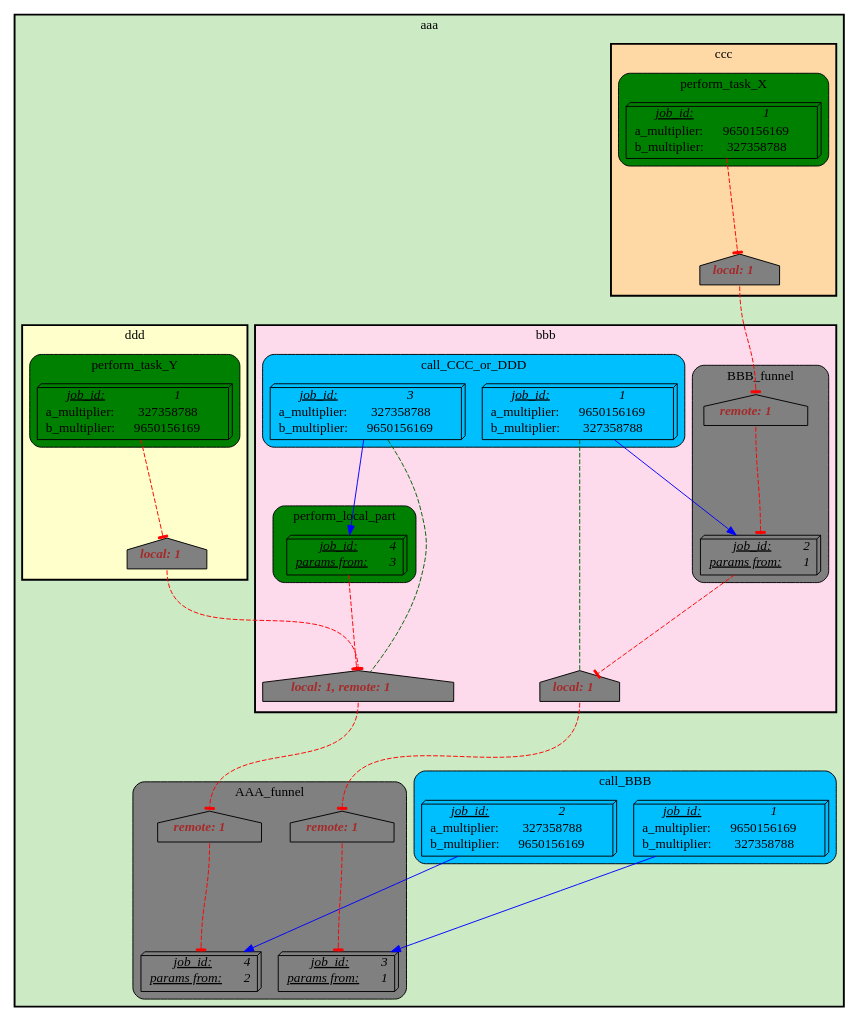
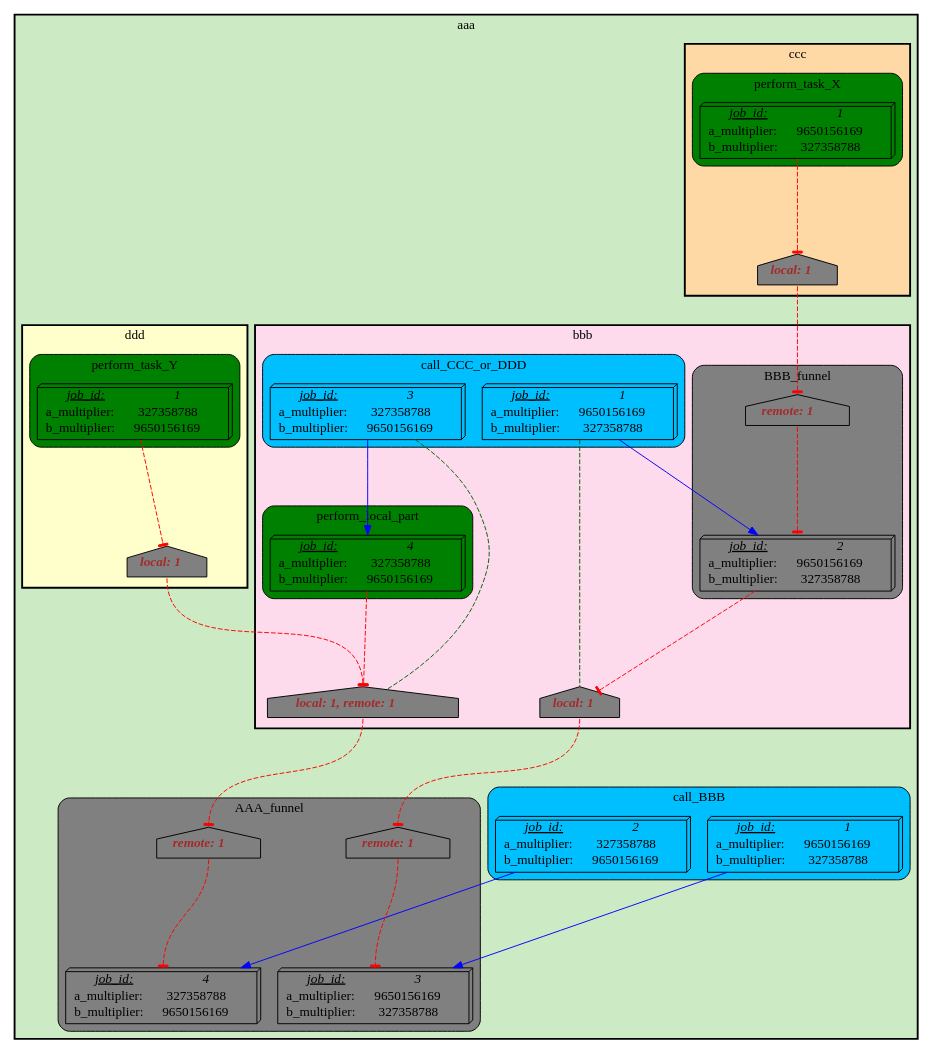
The diagram in t/03.scripts/visualize_jobs/quad_pipe/quad_pipe_jobs_04.dot (Ensembl/ensembl-hive), drawn with Graphviz before and after one commit. The commit also changed 27 other files, not shown here.

```diff
--- a/t/03.scripts/visualize_jobs/quad_pipe/quad_pipe_jobs_04.dot
+++ b/t/03.scripts/visualize_jobs/quad_pipe/quad_pipe_jobs_04.dot
@@ -1,132 +1,132 @@
 digraph test {
 	ratio="compress"; name = "JobDependencyGraph"; pad = "0"; ranksep = "1.4"; remincross = "true";
 	job_1__aaa [fillcolor="DeepSkyBlue", label=<<table border="0" cellborder="0" cellspacing="0" cellpadding="1"><tr><td><u><i>job_id:</i></u></td><td><i>1</i></td></tr><tr><td>a_multiplier:</td><td> 9650156169</td></tr><tr><td>b_multiplier:</td><td> 327358788</td></tr></table>>, shape="box3d", style="filled"];
 	job_1__bbb [fillcolor="DeepSkyBlue", label=<<table border="0" cellborder="0" cellspacing="0" cellpadding="1"><tr><td><u><i>job_id:</i></u></td><td><i>1</i></td></tr><tr><td>a_multiplier:</td><td> 9650156169</td></tr><tr><td>b_multiplier:</td><td> 327358788</td></tr></table>>, shape="box3d", style="filled"];
 	job_1__ccc [fillcolor="green", label=<<table border="0" cellborder="0" cellspacing="0" cellpadding="1"><tr><td><u><i>job_id:</i></u></td><td><i>1</i></td></tr><tr><td>a_multiplier:</td><td> 9650156169</td></tr><tr><td>b_multiplier:</td><td> 327358788</td></tr></table>>, shape="box3d", style="filled"];
 	job_1__ddd [fillcolor="green", label=<<table border="0" cellborder="0" cellspacing="0" cellpadding="1"><tr><td><u><i>job_id:</i></u></td><td><i>1</i></td></tr><tr><td>a_multiplier:</td><td> 327358788</td></tr><tr><td>b_multiplier:</td><td> 9650156169</td></tr></table>>, shape="box3d", style="filled"];
 	job_2__aaa [fillcolor="DeepSkyBlue", label=<<table border="0" cellborder="0" cellspacing="0" cellpadding="1"><tr><td><u><i>job_id:</i></u></td><td><i>2</i></td></tr><tr><td>a_multiplier:</td><td> 327358788</td></tr><tr><td>b_multiplier:</td><td> 9650156169</td></tr></table>>, shape="box3d", style="filled"];
-	job_2__bbb [fillcolor="grey", label=<<table border="0" cellborder="0" cellspacing="0" cellpadding="1"><tr><td><u><i>job_id:</i></u></td><td><i>2</i></td></tr><tr><td><u><i>params from:</i></u></td><td><i>1</i></td></tr></table>>, shape="box3d", style="filled"];
-	job_3__aaa [fillcolor="grey", label=<<table border="0" cellborder="0" cellspacing="0" cellpadding="1"><tr><td><u><i>job_id:</i></u></td><td><i>3</i></td></tr><tr><td><u><i>params from:</i></u></td><td><i>1</i></td></tr></table>>, shape="box3d", style="filled"];
+	job_2__bbb [fillcolor="grey", label=<<table border="0" cellborder="0" cellspacing="0" cellpadding="1"><tr><td><u><i>job_id:</i></u></td><td><i>2</i></td></tr><tr><td>a_multiplier:</td><td> 9650156169</td></tr><tr><td>b_multiplier:</td><td> 327358788</td></tr></table>>, shape="box3d", style="filled"];
+	job_3__aaa [fillcolor="grey", label=<<table border="0" cellborder="0" cellspacing="0" cellpadding="1"><tr><td><u><i>job_id:</i></u></td><td><i>3</i></td></tr><tr><td>a_multiplier:</td><td> 9650156169</td></tr><tr><td>b_multiplier:</td><td> 327358788</td></tr></table>>, shape="box3d", style="filled"];
 	job_3__bbb [fillcolor="DeepSkyBlue", label=<<table border="0" cellborder="0" cellspacing="0" cellpadding="1"><tr><td><u><i>job_id:</i></u></td><td><i>3</i></td></tr><tr><td>a_multiplier:</td><td> 327358788</td></tr><tr><td>b_multiplier:</td><td> 9650156169</td></tr></table>>, shape="box3d", style="filled"];
-	job_4__aaa [fillcolor="grey", label=<<table border="0" cellborder="0" cellspacing="0" cellpadding="1"><tr><td><u><i>job_id:</i></u></td><td><i>4</i></td></tr><tr><td><u><i>params from:</i></u></td><td><i>2</i></td></tr></table>>, shape="box3d", style="filled"];
-	job_4__bbb [fillcolor="green", label=<<table border="0" cellborder="0" cellspacing="0" cellpadding="1"><tr><td><u><i>job_id:</i></u></td><td><i>4</i></td></tr><tr><td><u><i>params from:</i></u></td><td><i>3</i></td></tr></table>>, shape="box3d", style="filled"];
+	job_4__aaa [fillcolor="grey", label=<<table border="0" cellborder="0" cellspacing="0" cellpadding="1"><tr><td><u><i>job_id:</i></u></td><td><i>4</i></td></tr><tr><td>a_multiplier:</td><td> 327358788</td></tr><tr><td>b_multiplier:</td><td> 9650156169</td></tr></table>>, shape="box3d", style="filled"];
+	job_4__bbb [fillcolor="green", label=<<table border="0" cellborder="0" cellspacing="0" cellpadding="1"><tr><td><u><i>job_id:</i></u></td><td><i>4</i></td></tr><tr><td>a_multiplier:</td><td> 327358788</td></tr><tr><td>b_multiplier:</td><td> 9650156169</td></tr></table>>, shape="box3d", style="filled"];
 	semaphore_1__aaa [fillcolor="grey", label=<<table border="0" cellborder="0" cellspacing="0" cellpadding="1"><tr><td colspan="3"><font color="brown"><b><i>remote: 1</i></b></font></td></tr></table>>, margin="0,0", shape="house", style="filled"];
 	semaphore_1__bbb [fillcolor="grey", label=<<table border="0" cellborder="0" cellspacing="0" cellpadding="1"><tr><td colspan="3"><font color="brown"><b><i>local: 1</i></b></font></td></tr></table>>, margin="0,0", shape="house", style="filled"];
 	semaphore_1__ccc [fillcolor="grey", label=<<table border="0" cellborder="0" cellspacing="0" cellpadding="1"><tr><td colspan="3"><font color="brown"><b><i>local: 1</i></b></font></td></tr></table>>, margin="0,0", shape="house", style="filled"];
 	semaphore_1__ddd [fillcolor="grey", label=<<table border="0" cellborder="0" cellspacing="0" cellpadding="1"><tr><td colspan="3"><font color="brown"><b><i>local: 1</i></b></font></td></tr></table>>, margin="0,0", shape="house", style="filled"];
 	semaphore_2__aaa [fillcolor="grey", label=<<table border="0" cellborder="0" cellspacing="0" cellpadding="1"><tr><td colspan="3"><font color="brown"><b><i>remote: 1</i></b></font></td></tr></table>>, margin="0,0", shape="house", style="filled"];
 	semaphore_2__bbb [fillcolor="grey", label=<<table border="0" cellborder="0" cellspacing="0" cellpadding="1"><tr><td colspan="3"><font color="brown"><b><i>remote: 1</i></b></font></td></tr></table>>, margin="0,0", shape="house", style="filled"];
 	semaphore_3__bbb [fillcolor="grey", label=<<table border="0" cellborder="0" cellspacing="0" cellpadding="1"><tr><td colspan="3"><font color="brown"><b><i>local: 1, remote: 1</i></b></font></td></tr></table>>, margin="0,0", shape="house", style="filled"];
 	job_1__aaa -> job_3__aaa [color="blue"];
 	job_1__bbb -> job_2__bbb [color="blue"];
 	job_1__bbb -> semaphore_1__bbb [arrowhead="none", color="darkgreen", style="dashed"];
 	job_1__ccc -> semaphore_1__ccc [arrowhead="tee", color="red", style="dashed"];
 	job_1__ddd -> semaphore_1__ddd [arrowhead="tee", color="red", style="dashed"];
 	job_2__aaa -> job_4__aaa [color="blue"];
 	job_2__bbb -> semaphore_1__bbb [arrowhead="tee", color="red", style="dashed"];
 	job_3__bbb -> job_4__bbb [color="blue"];
 	job_3__bbb -> semaphore_3__bbb [arrowhead="none", color="darkgreen", style="dashed"];
 	job_4__bbb -> semaphore_3__bbb [arrowhead="tee", color="red", style="dashed"];
 	semaphore_1__aaa -> job_3__aaa [arrowhead="tee", color="red", headport="n", style="dashed", tailport="s"];
 	semaphore_1__bbb -> semaphore_1__aaa [arrowhead="tee", color="red", headport="n", style="dashed", tailport="s"];
 	semaphore_1__ccc -> semaphore_2__bbb [arrowhead="tee", color="red", headport="n", style="dashed", tailport="s"];
 	semaphore_1__ddd -> semaphore_3__bbb [arrowhead="tee", color="red", headport="n", style="dashed", tailport="s"];
 	semaphore_2__aaa -> job_4__aaa [arrowhead="tee", color="red", headport="n", style="dashed", tailport="s"];
 	semaphore_2__bbb -> job_2__bbb [arrowhead="tee", color="red", headport="n", style="dashed", tailport="s"];
 	semaphore_3__bbb -> semaphore_2__aaa [arrowhead="tee", color="red", headport="n", style="dashed", tailport="s"];
 
 subgraph cluster_aaa {
 	label="aaa";
 	style="bold,filled";
 	colorscheme="pastel19";
 	fillcolor="3";
 	color="";
 	subgraph cluster_AAA_funnel {
 		label="AAA_funnel";
 		style="rounded,filled";
 		colorscheme="X11";
 		fillcolor="grey";
 		color="";
 		job_3__aaa;
 		job_4__aaa;
 		semaphore_1__aaa;
 		semaphore_2__aaa;
 	}
 	subgraph cluster_bbb {
 		label="bbb";
 		style="bold,filled";
 		colorscheme="pastel19";
 		fillcolor="8";
 		color="";
 		subgraph cluster_ehive_test_vj_1___BBB_funnel {
 			label="BBB_funnel";
 			style="rounded,filled";
 			colorscheme="X11";
 			fillcolor="grey";
 			color="";
 			job_2__bbb;
 			semaphore_2__bbb;
 		}
 		subgraph cluster_ehive_test_vj_1___call_CCC_or_DDD {
 			label="call_CCC_or_DDD";
 			style="rounded,filled";
 			colorscheme="X11";
 			fillcolor="DeepSkyBlue";
 			color="";
 			job_1__bbb;
 			job_3__bbb;
 		}
 		subgraph cluster_ehive_test_vj_1___perform_local_part {
 			label="perform_local_part";
 			style="rounded,filled";
 			colorscheme="X11";
 			fillcolor="green";
 			color="";
 			job_4__bbb;
 		}
 		semaphore_1__bbb;
 		semaphore_3__bbb;
 	}
 	subgraph cluster_call_BBB {
 		label="call_BBB";
 		style="rounded,filled";
 		colorscheme="X11";
 		fillcolor="DeepSkyBlue";
 		color="";
 		job_1__aaa;
 		job_2__aaa;
 	}
 	subgraph cluster_ccc {
 		label="ccc";
 		style="bold,filled";
 		colorscheme="pastel19";
 		fillcolor="5";
 		color="";
 		subgraph cluster_ehive_test_vj_2___perform_task_X {
 			label="perform_task_X";
 			style="rounded,filled";
 			colorscheme="X11";
 			fillcolor="green";
 			color="";
 			job_1__ccc;
 		}
 		semaphore_1__ccc;
 	}
 	subgraph cluster_ddd {
 		label="ddd";
 		style="bold,filled";
 		colorscheme="pastel19";
 		fillcolor="6";
 		color="";
 		subgraph cluster_ehive_test_vj_3___perform_task_Y {
 			label="perform_task_Y";
 			style="rounded,filled";
 			colorscheme="X11";
 			fillcolor="green";
 			color="";
 			job_1__ddd;
 		}
 		semaphore_1__ddd;
 	}
 }
 }
```
